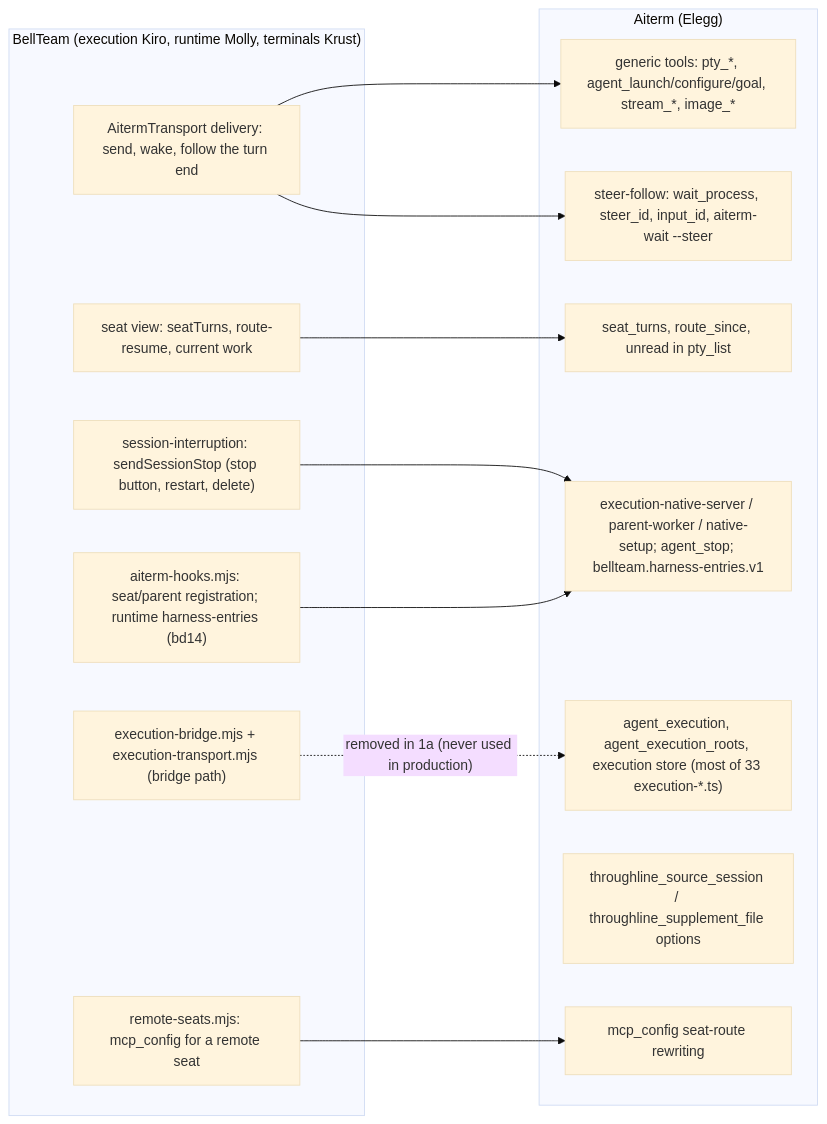
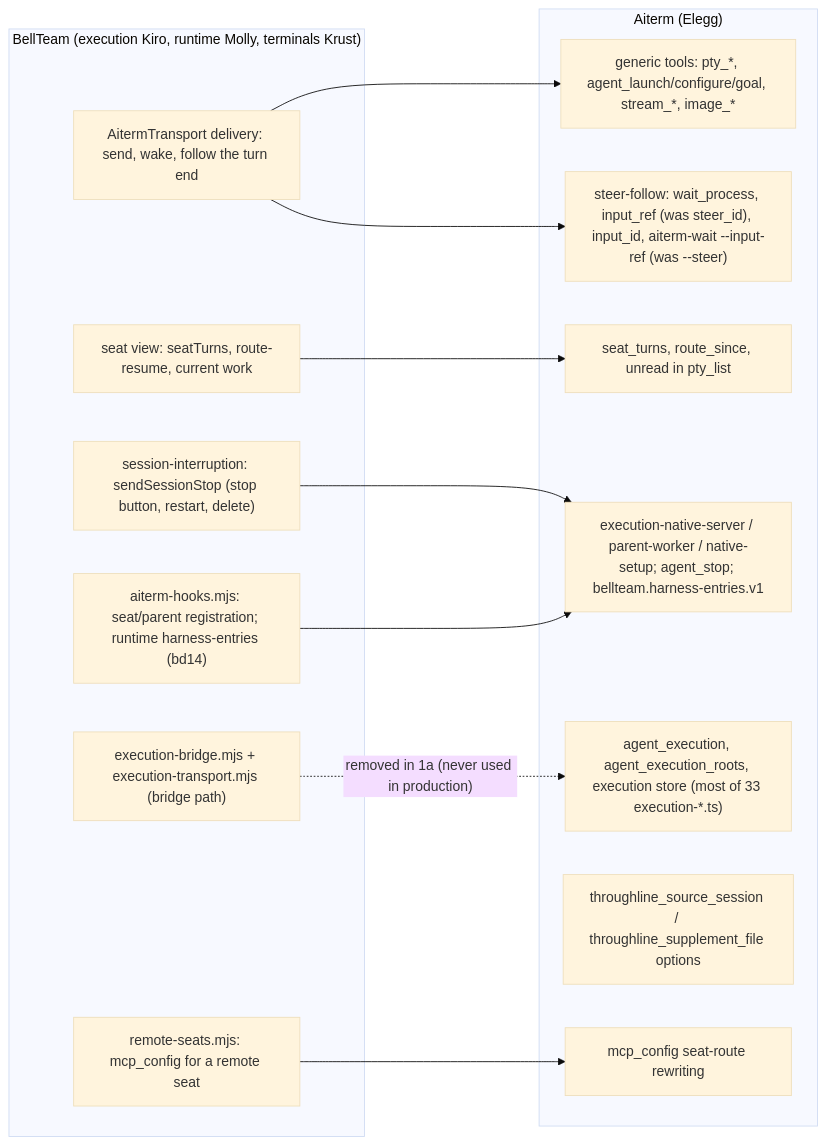
Before and after one commit to kitepon/BellTeam: the diagram in docs/architecture/modules/execution/aiterm-boundary-move.md, drawn with Mermaid (base theme). The commit also changed other lines of this file and 4 other files, not shown here.

First line of the commit message:
a532b2k: BellTeam reads and sends the neutral steer-follow name input_ref (diagrams first)

````diff
--- a/docs/architecture/modules/execution/aiterm-boundary-move.md
+++ b/docs/architecture/modules/execution/aiterm-boundary-move.md
@@ -7,27 +7,27 @@
 ```mermaid
 flowchart LR
   subgraph BT["BellTeam (execution Kiro, runtime Molly, terminals Krust)"]
     DEL["AitermTransport delivery: send, wake, follow the turn end"]
     STOP["session-interruption: sendSessionStop (stop button, restart, delete)"]
     VIEW["seat view: seatTurns, route-resume, current work"]
     REG["aiterm-hooks.mjs: seat/parent registration; runtime harness-entries (bd14)"]
     RSEAT["remote-seats.mjs: mcp_config for a remote seat"]
     BRIDGE["execution-bridge.mjs + execution-transport.mjs (bridge path)"]
   end
   subgraph AT["Aiterm (Elegg)"]
     GEN["generic tools: pty_*, agent_launch/configure/goal, stream_*, image_*"]
-    STEER["steer-follow: wait_process, steer_id, input_id, aiterm-wait --steer"]
+    STEER["steer-follow: wait_process, input_ref (was steer_id), input_id, aiterm-wait --input-ref (was --steer)"]
     SEATV["seat_turns, route_since, unread in pty_list"]
     ESRV["execution-native-server / parent-worker / native-setup; agent_stop; bellteam.harness-entries.v1"]
     ESTORE["agent_execution, agent_execution_roots, execution store (most of 33 execution-*.ts)"]
     TL["throughline_source_session / throughline_supplement_file options"]
     MCPC["mcp_config seat-route rewriting"]
   end
   DEL --> GEN
   DEL --> STEER
   VIEW --> SEATV
   STOP --> ESRV
   REG --> ESRV
   RSEAT --> MCPC
   BRIDGE -. "removed in 1a (never used in production)" .-> ESTORE
 ```
````
